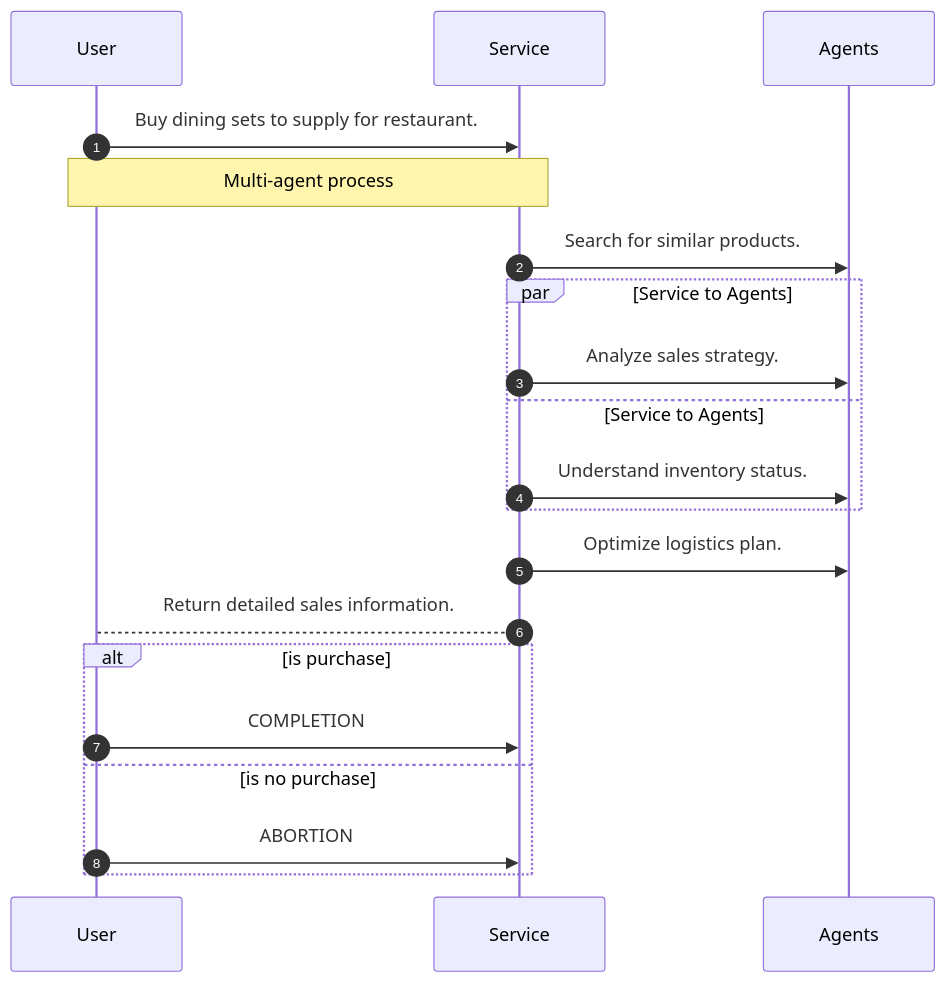
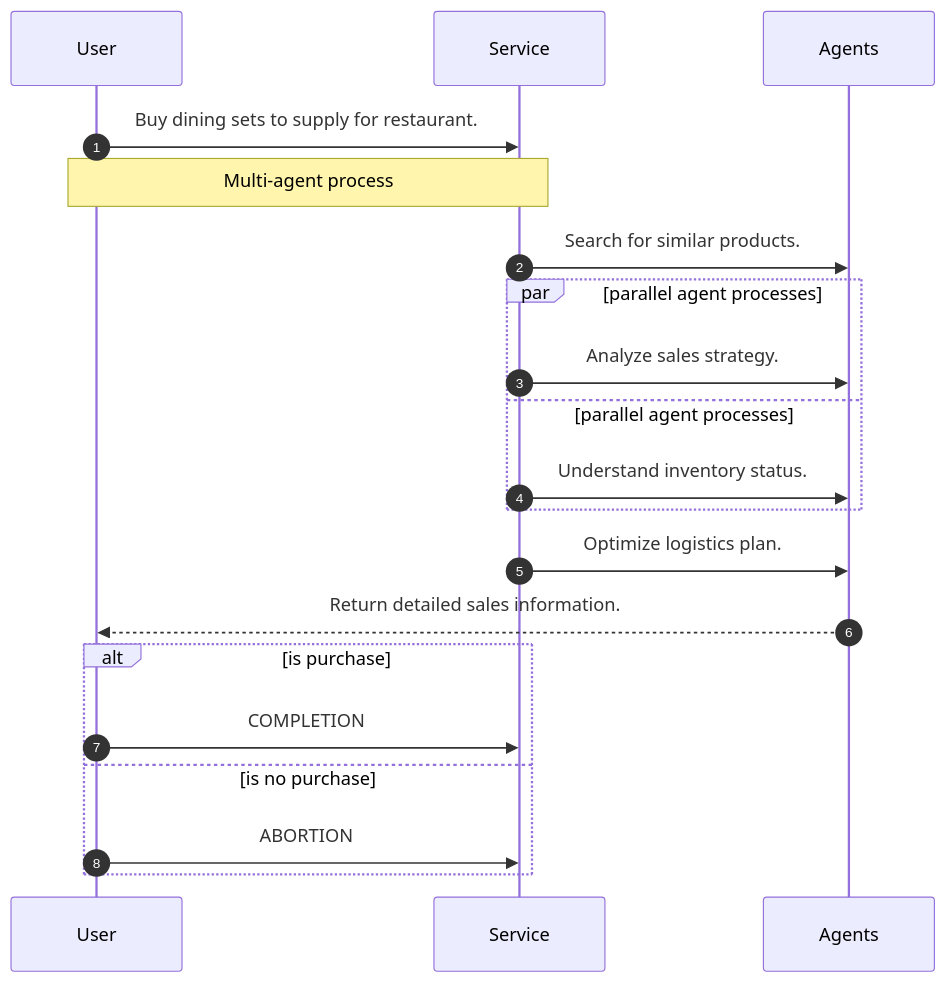
Before and after one commit to yueguoguo/yueguoguo.github.io: the fourth of 4 diagrams in _posts/2024-11-31-service-as-a-software.md, drawn with Mermaid. The commit also changed other lines of this file, not shown here.

Commit message:
update diagram

```diff
--- a/_posts/2024-11-31-service-as-a-software.md
+++ b/_posts/2024-11-31-service-as-a-software.md
@@ -292,19 +294,19 @@
 <div class="mermaid">
 sequenceDiagram
     autonumber
     User->>Service: Buy dining sets to supply for restaurant.
     Note over User,Service: Multi-agent process
     Service->>Agents: Search for similar products.
-    par Service to Agents
+    par parallel agent processes
       Service->>Agents: Analyze sales strategy.
-    and Service to Agents
+    and parallel agent processes
       Service->>Agents: Understand inventory status.
     end
     Service->>Agents: Optimize logistics plan.
-    Service-->User: Return detailed sales information.
+    Agents-->>User: Return detailed sales information.
     alt is purchase
         User->>Service: COMPLETION
     else is no purchase
         User->>Service: ABORTION
     end
 </div>
```
